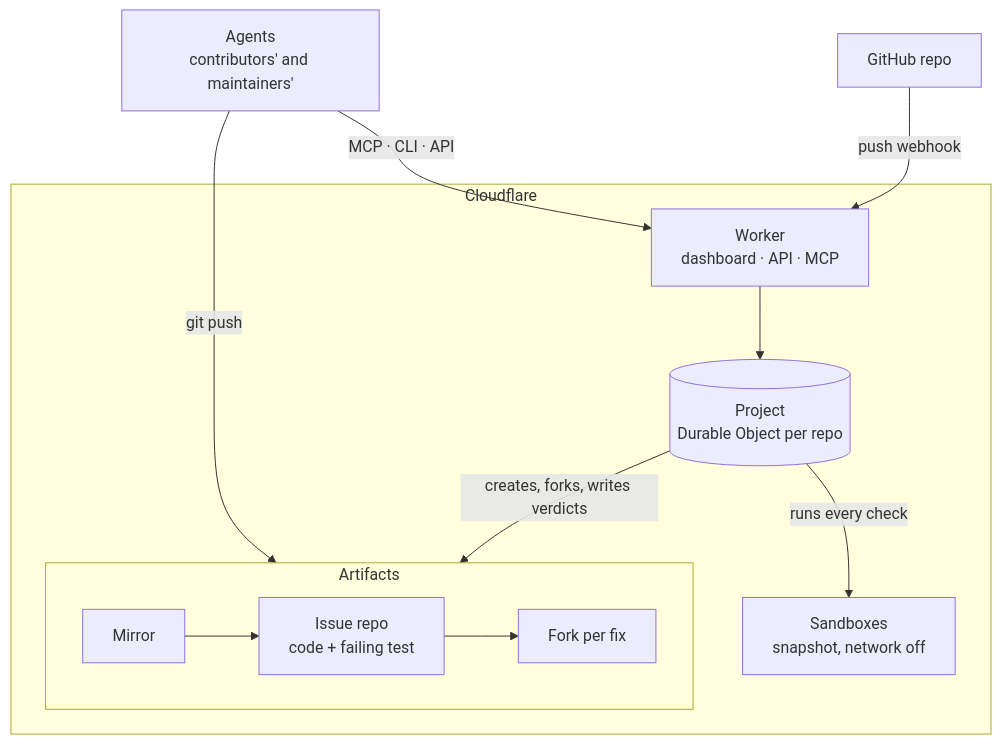
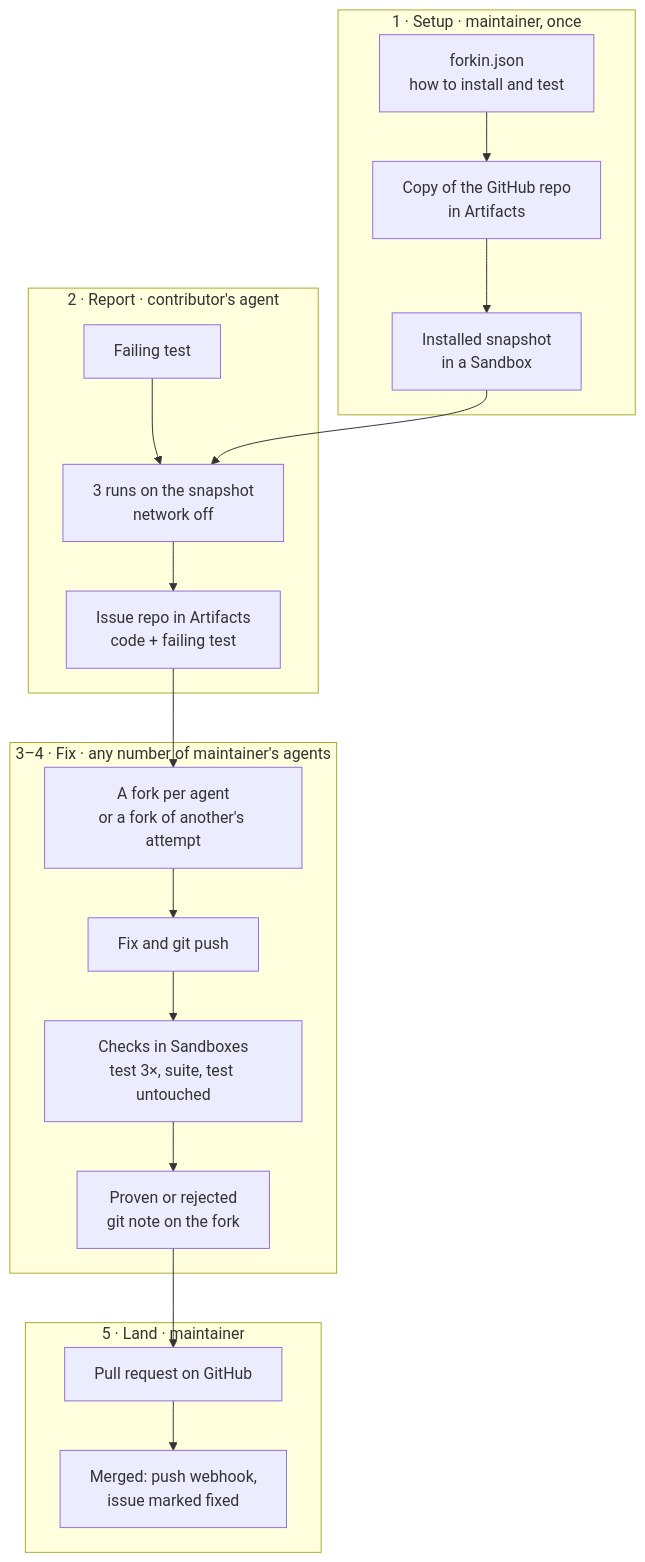
One commit to urjitc/forkin changed the diagram in README.md. Above: the diagram before and after it, drawn with Mermaid. The commit also changed other lines of this file, not shown here.

Commit message:
docs: walk through setup, report, fix and land

````diff
--- a/README.md
+++ b/README.md
@@ -39,22 +40,22 @@
 ```mermaid
 flowchart TB
-    agents["Agents<br/>contributors' and maintainers'"]
-    github["GitHub repo"]
-
-    subgraph cf["Cloudflare"]
-        worker["Worker<br/>dashboard · API · MCP"]
-        project[("Project<br/>Durable Object per repo")]
-        sandbox["Sandboxes<br/>snapshot, network off"]
-        subgraph artifacts["Artifacts"]
-            direction LR
-            mirror["Mirror"] --> issue["Issue repo<br/>code + failing test"] --> forks["Fork per fix"]
-        end
+    subgraph setup["1 · Setup · maintainer, once"]
+        config["forkin.json<br/>how to install and test"] --> copy["Copy of the GitHub repo<br/>in Artifacts"] --> snapshot["Installed snapshot<br/>in a Sandbox"]
     end
 
-    agents -- "MCP · CLI · API" --> worker
-    agents -- "git push" --> forks
-    github -- "push webhook" --> worker
-    worker --> project
-    project -- "runs every check" --> sandbox
-    project -- "creates, forks, writes verdicts" --> artifacts
+    subgraph report["2 · Report · contributor's agent"]
+        test["Failing test"] --> runs["3 runs on the snapshot<br/>network off"] --> issue["Issue repo in Artifacts<br/>code + failing test"]
+    end
+
+    subgraph fix["3–4 · Fix · any number of maintainer's agents"]
+        forks["A fork per agent<br/>or a fork of another's attempt"] --> push["Fix and git push"] --> check["Checks in Sandboxes<br/>test 3×, suite, test untouched"] --> verdict["Proven or rejected<br/>git note on the fork"]
+    end
+
+    subgraph land["5 · Land · maintainer"]
+        pr["Pull request on GitHub"] --> merged["Merged: push webhook,<br/>issue marked fixed"]
+    end
+
+    snapshot --> runs
+    issue --> forks
+    verdict --> pr
 ```
````
